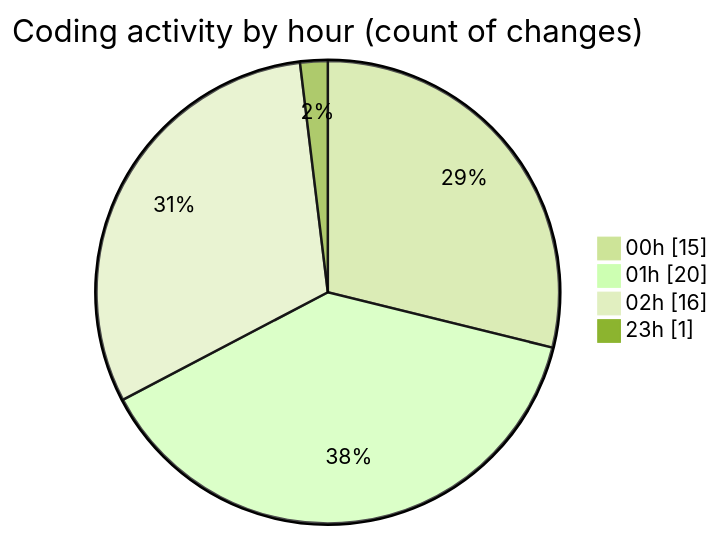
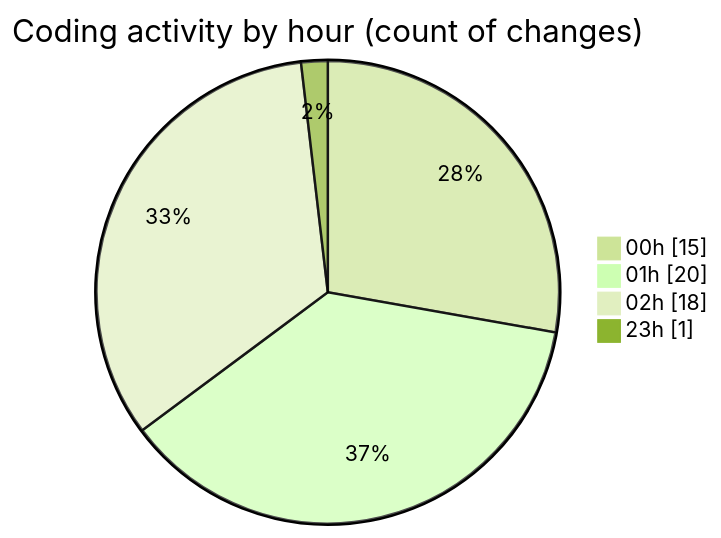
Before and after one commit to lephambinh05/code-tracking: the second of 2 diagrams in 2025-08-04/studybuddy/README.md, drawn with Mermaid (forest theme). The commit also changed other lines of this file and 1 other file, not shown here.

````diff
--- a/2025-08-04/studybuddy/README.md
+++ b/2025-08-04/studybuddy/README.md
@@ -46,8 +47,8 @@
 ```mermaid
 pie showData
 title Coding activity by hour (count of changes)
 "00h" : 15
 "01h" : 20
-"02h" : 16
+"02h" : 18
 "23h" : 1
 ```
````
